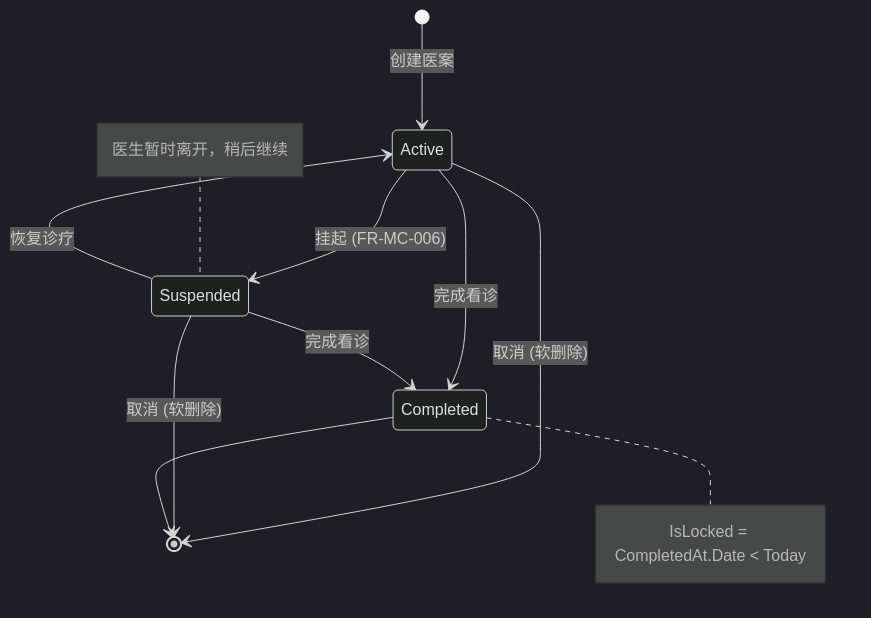
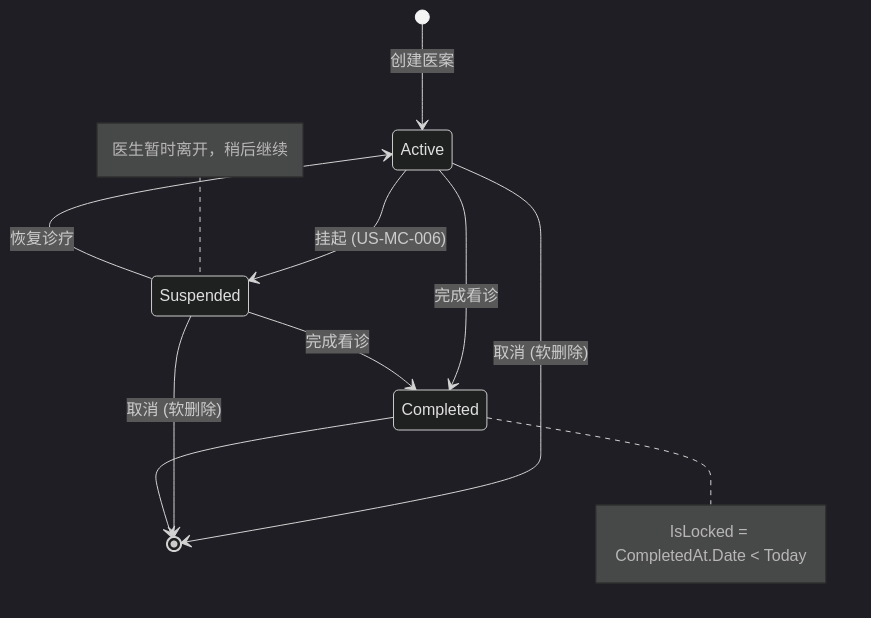
The diagram in docs/02-requirements/medical-cases.md (shouqitao/LYBTZYZS), drawn with Mermaid (dark theme) before and after one commit. The commit also changed other lines of this file and 31 other files, not shown here.

````diff
--- a/docs/02-requirements/medical-cases.md
+++ b/docs/02-requirements/medical-cases.md
@@ -362,14 +86,14 @@
 ```mermaid
 stateDiagram-v2
     [*] --> Active: 创建医案
-    Active --> Suspended: 挂起 (FR-MC-006)
+    Active --> Suspended: 挂起 (US-MC-006)
     Suspended --> Active: 恢复诊疗
     Active --> Completed: 完成看诊
     Suspended --> Completed: 完成看诊
     Active --> [*]: 取消 (软删除)
     Suspended --> [*]: 取消 (软删除)
     Completed --> [*]
 
     note right of Completed: IsLocked = CompletedAt.Date < Today
     note left of Suspended: 医生暂时离开，稍后继续
 ```
````
